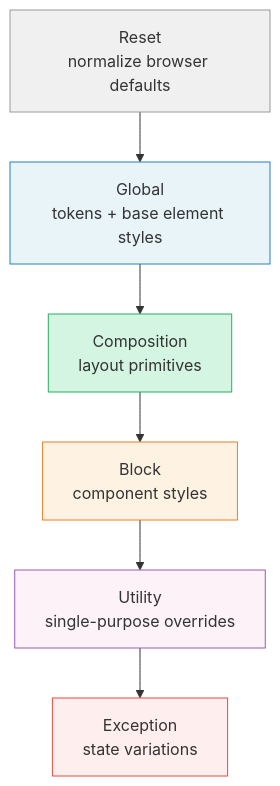
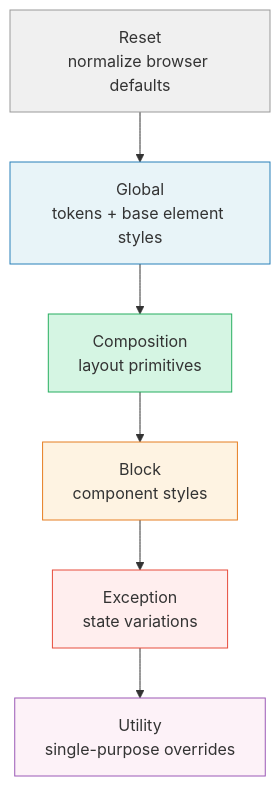
Before and after one commit to Kaleidosium/modern-html-and-css-for-artists: the diagram in ch18-cube-css.md, drawn with Mermaid. The commit also changed other lines of this file and 1 other file, not shown here.

````diff
--- a/ch18-cube-css.md
+++ b/ch18-cube-css.md
@@ -26,18 +26,18 @@
 ```mermaid
 graph TD
     R["Reset<br/>normalize browser defaults"]
     G["Global<br/>tokens + base element styles"]
     C["Composition<br/>layout primitives"]
     B["Block<br/>component styles"]
+    E["Exception<br/>state variations"]
     U["Utility<br/>single-purpose overrides"]
-    E["Exception<br/>state variations"]
 
-    R --> G --> C --> B --> U --> E
+    R --> G --> C --> B --> E --> U
 
     style R fill:#f0f0f0,stroke:#999
     style G fill:#e8f4f8,stroke:#2980b9
     style C fill:#d5f5e3,stroke:#27ae60
     style B fill:#fef3e2,stroke:#e67e22
+    style E fill:#fee,stroke:#e74c3c
     style U fill:#fdf2f8,stroke:#9b59b6
-    style E fill:#fee,stroke:#e74c3c
 ```
````
